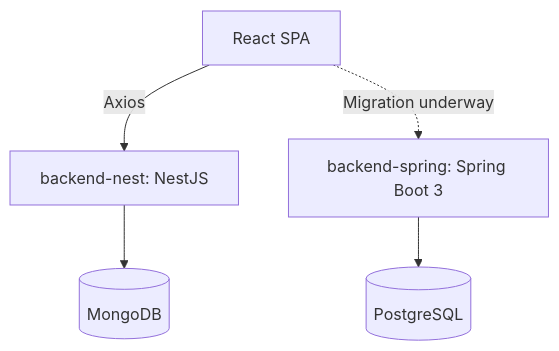
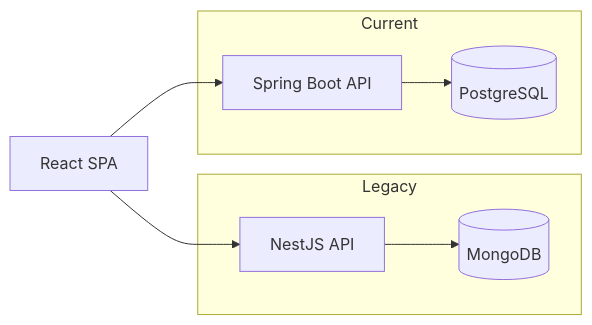
The diagram in README.md (ujee-dev/cognitive-training-dashboard), drawn with Mermaid before and after one commit. The commit also changed other lines of this file, not shown here.

````diff
--- a/README.md
+++ b/README.md
@@ -45,7 +12,21 @@
 ```mermaid
-graph TD
-    Client[React SPA] -->|Axios| NestJS[backend-nest: NestJS]
-    Client -.->|Migration underway| SpringBoot[backend-spring: Spring Boot 3]
-    NestJS --> MongoDB[(MongoDB)]
-    SpringBoot --> PostgreSQL[(PostgreSQL)]
+graph LR
+
+A[React SPA]
+
+subgraph Legacy
+B[NestJS API]
+C[(MongoDB)]
+end
+
+subgraph Current
+D[Spring Boot API]
+E[(PostgreSQL)]
+end
+
+A --> B
+B --> C
+
+A --> D
+D --> E
 ```
````
